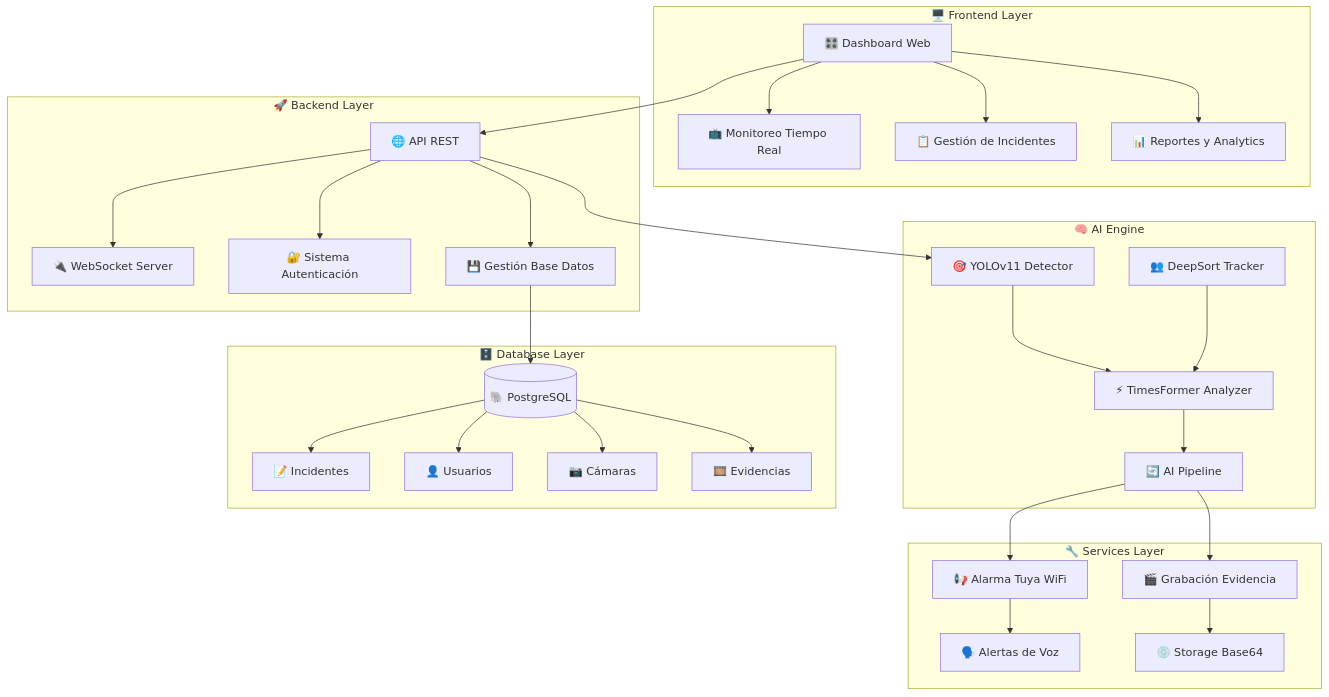
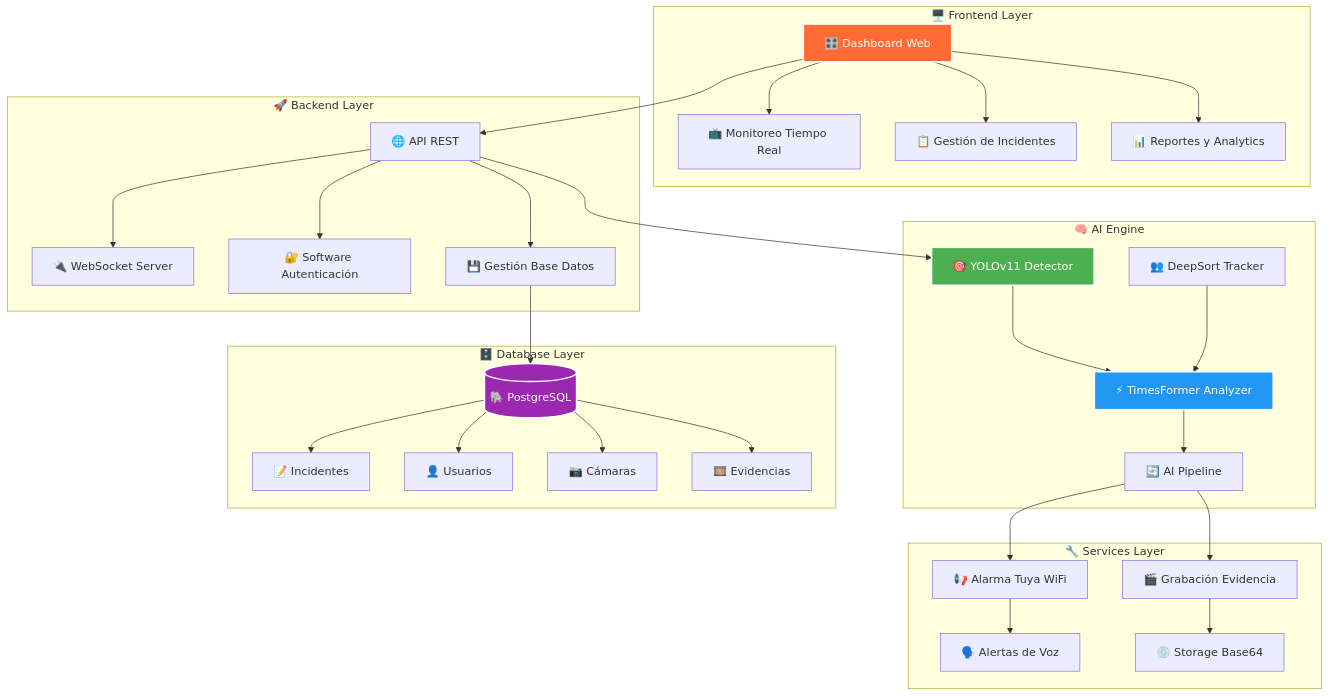
Before and after one commit to Franz-Gonzales/school-violence-prevention-IA3: the first of 3 diagrams in README.MD, drawn with Mermaid. The commit also changed other lines of this file, not shown here.

````diff
--- a/README.MD
+++ b/README.MD
@@ -186,43 +234,48 @@
 ```mermaid
 graph TB
     subgraph "🖥️ Frontend Layer"
         A[🎛️ Dashboard Web] --> B[📺 Monitoreo Tiempo Real]
         A --> C[📋 Gestión de Incidentes]
         A --> D[📊 Reportes y Analytics]
     end
     
     subgraph "🚀 Backend Layer"
         E[🌐 API REST] --> F[🔌 WebSocket Server]
-        E --> G[🔐 Sistema Autenticación]
+        E --> G[🔐 Software Autenticación]
         E --> H[💾 Gestión Base Datos]
     end
     
     subgraph "🧠 AI Engine"
         I[🎯 YOLOv11 Detector] --> K[⚡ TimesFormer Analyzer]
         J[👥 DeepSort Tracker] --> K
         K --> L[🔄 AI Pipeline]
     end
     
     subgraph "🔧 Services Layer"
         M[📢 Alarma Tuya WiFi] --> N[🗣️ Alertas de Voz]
         O[🎬 Grabación Evidencia] --> P[💿 Storage Base64]
     end
     
     subgraph "🗄️ Database Layer"
         Q[(🐘 PostgreSQL)]
         R[📝 Incidentes]
         S[👤 Usuarios]
         T[📷 Cámaras]
         U[🎞️ Evidencias]
     end
     
     A --> E
     E --> I
     L --> M
     L --> O
     H --> Q
     Q --> R
     Q --> S
     Q --> T
     Q --> U
+    
+    style A fill:#ff6b35,stroke:#fff,stroke-width:2px,color:#fff
+    style I fill:#4caf50,stroke:#fff,stroke-width:2px,color:#fff
+    style K fill:#2196f3,stroke:#fff,stroke-width:2px,color:#fff
+    style Q fill:#9c27b0,stroke:#fff,stroke-width:2px,color:#fff
 ```
````
